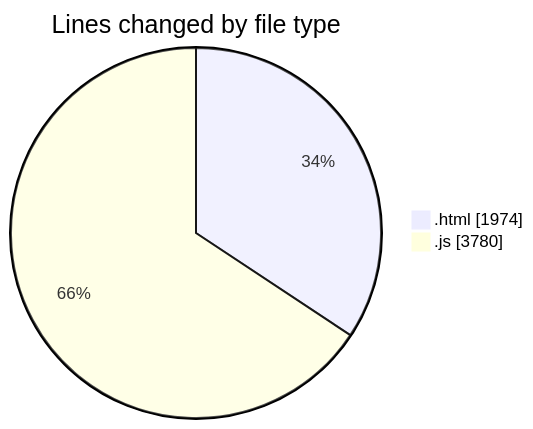
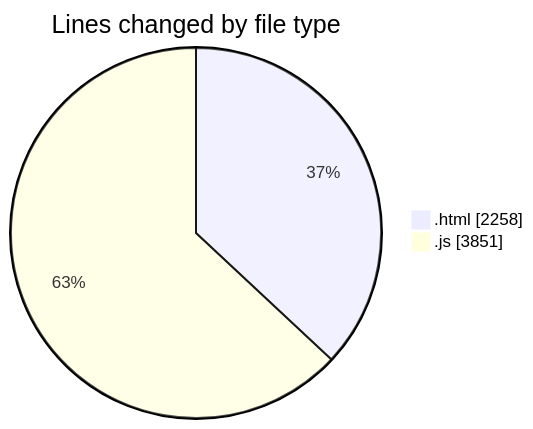
The first of 2 diagrams in 2026-02-19/bot_v1_2/README.md (becaeroporto-bot/code-tracking), drawn with Mermaid before and after one commit. The commit also changed other lines of this file and 1 other file, not shown here.

````diff
--- a/2026-02-19/bot_v1_2/README.md
+++ b/2026-02-19/bot_v1_2/README.md
@@ -28,6 +28,6 @@
 ```mermaid
 pie showData
 title Lines changed by file type
-".html" : 1974
-".js" : 3780
+".html" : 2258
+".js" : 3851
 ```
````
